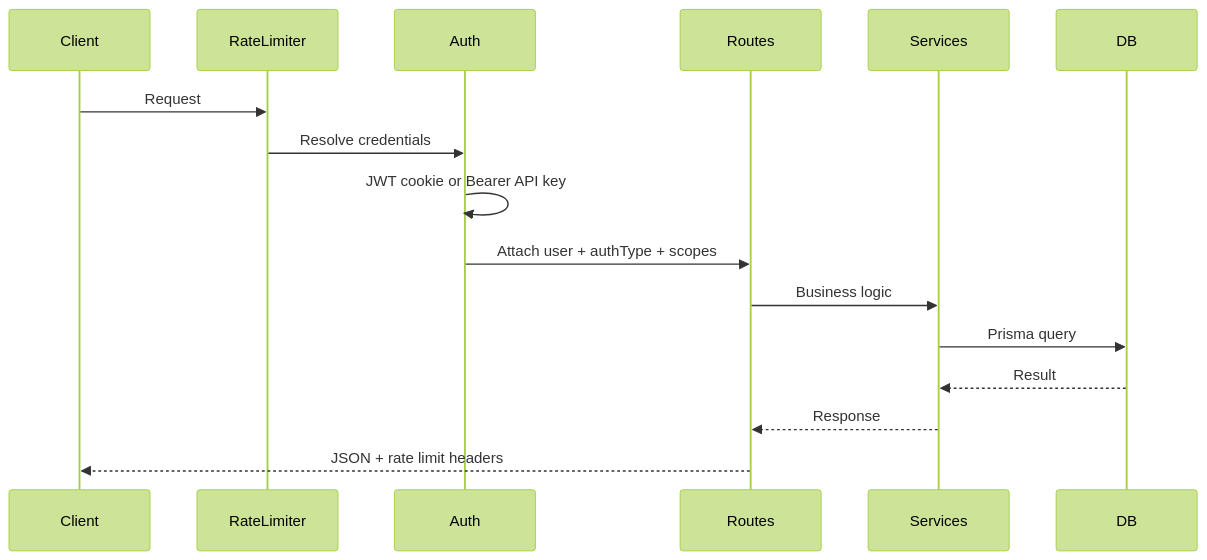
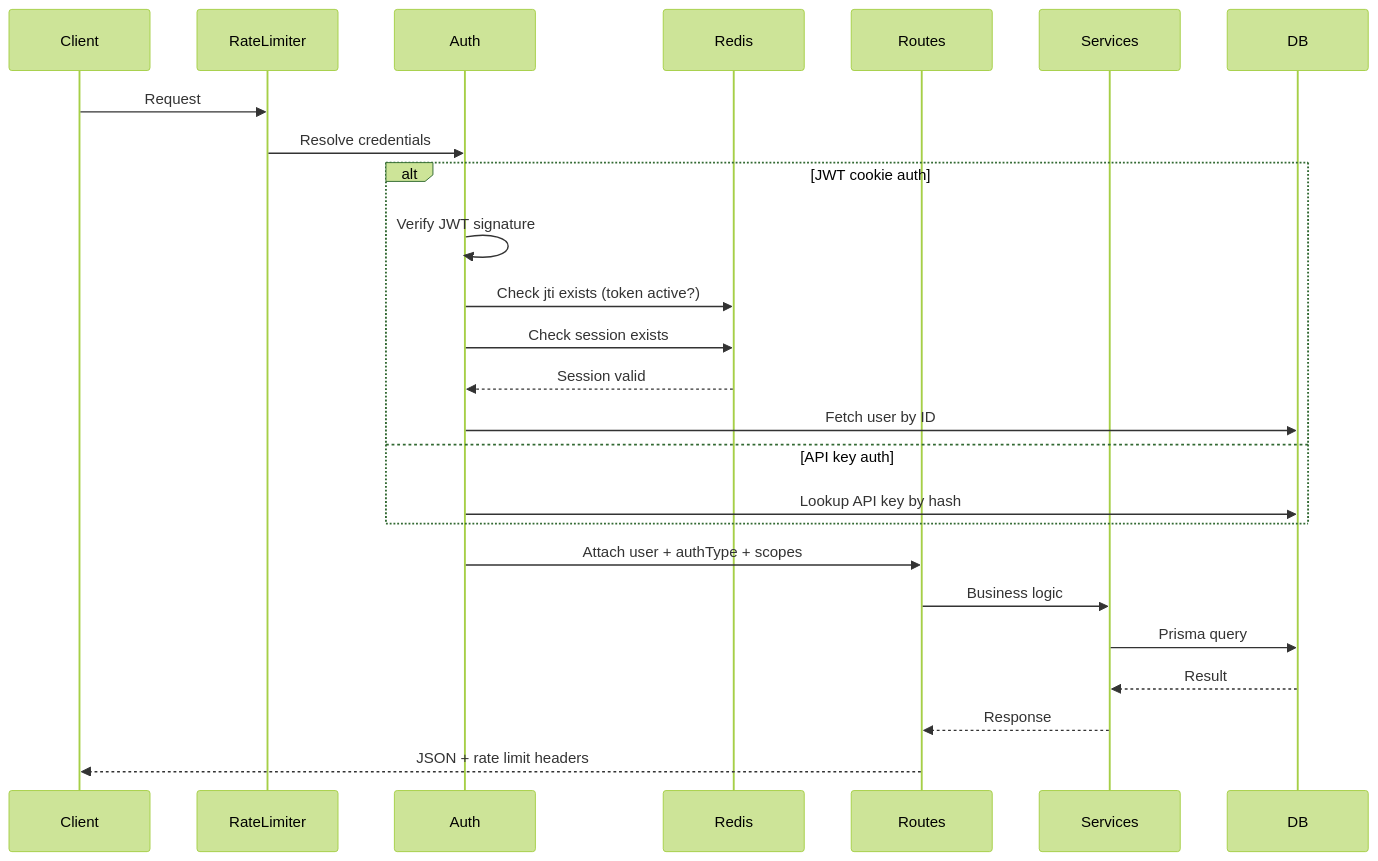
One commit to harismawan/mycelium changed the second of 3 diagrams in README.md. Above: the diagram before and after it, drawn with Mermaid (forest theme). The commit also changed other lines of this file, not shown here.

Commit message:
docs: update README with Redis architecture and session management

````diff
--- a/README.md
+++ b/README.md
@@ -62,19 +65,28 @@
 ```mermaid
 sequenceDiagram
     participant Client
     participant RateLimiter
     participant Auth
+    participant Redis
     participant Routes
     participant Services
     participant DB
 
     Client->>RateLimiter: Request
     RateLimiter->>Auth: Resolve credentials
-    Auth->>Auth: JWT cookie or Bearer API key
+    alt JWT cookie auth
+        Auth->>Auth: Verify JWT signature
+        Auth->>Redis: Check jti exists (token active?)
+        Auth->>Redis: Check session exists
+        Redis-->>Auth: Session valid
+        Auth->>DB: Fetch user by ID
+    else API key auth
+        Auth->>DB: Lookup API key by hash
+    end
     Auth->>Routes: Attach user + authType + scopes
     Routes->>Services: Business logic
     Services->>DB: Prisma query
     DB-->>Services: Result
     Services-->>Routes: Response
     Routes-->>Client: JSON + rate limit headers
 ```
````
